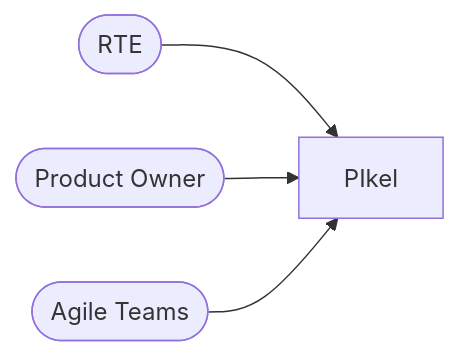
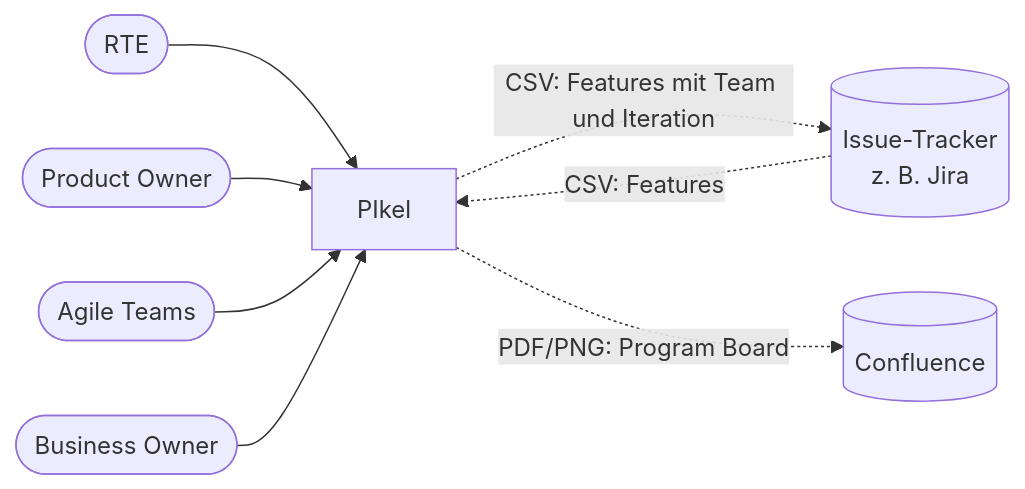
One commit to LukasW/PIckel changed the first of 5 diagrams in docs/arc42.md. Above: the diagram before and after it, drawn with Mermaid. The commit also changed other lines of this file and 5 other files, not shown here.

````diff
--- a/docs/arc42.md
+++ b/docs/arc42.md
@@ -62,6 +68,10 @@
 ```mermaid
 flowchart LR
     rte([RTE]) --> pikel[PIkel]
     po([Product Owner]) --> pikel
     team([Agile Teams]) --> pikel
+    bo([Business Owner]) --> pikel
+    tracker[(Issue-Tracker\nz. B. Jira)] -. "CSV: Features" .-> pikel
+    pikel -. "CSV: Features mit Team und Iteration" .-> tracker
+    pikel -. "PDF/PNG: Program Board" .-> wiki[(Confluence)]
 ```
````
